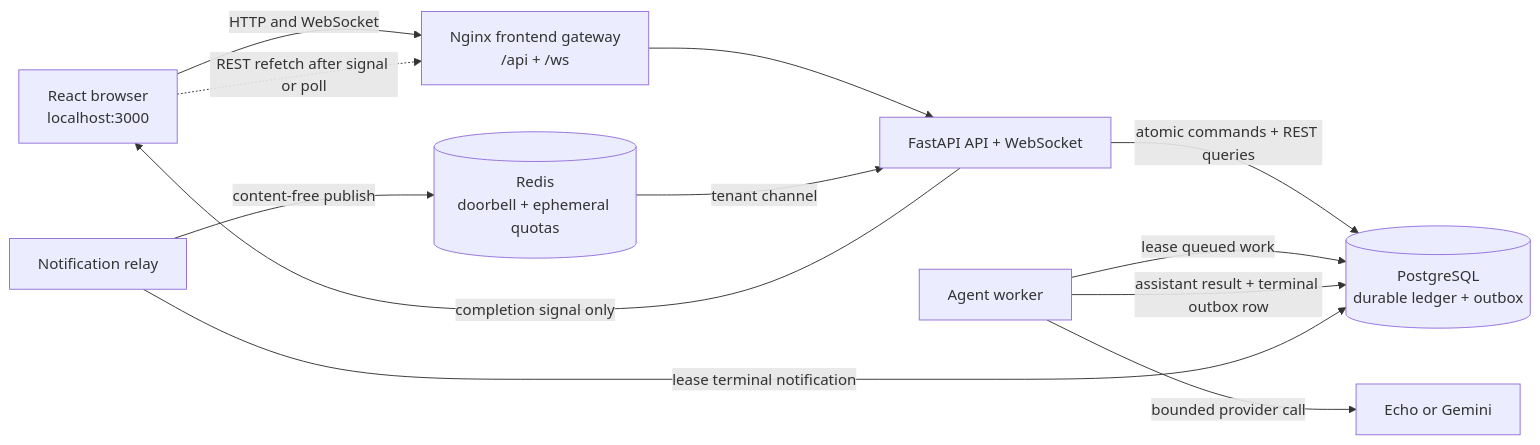
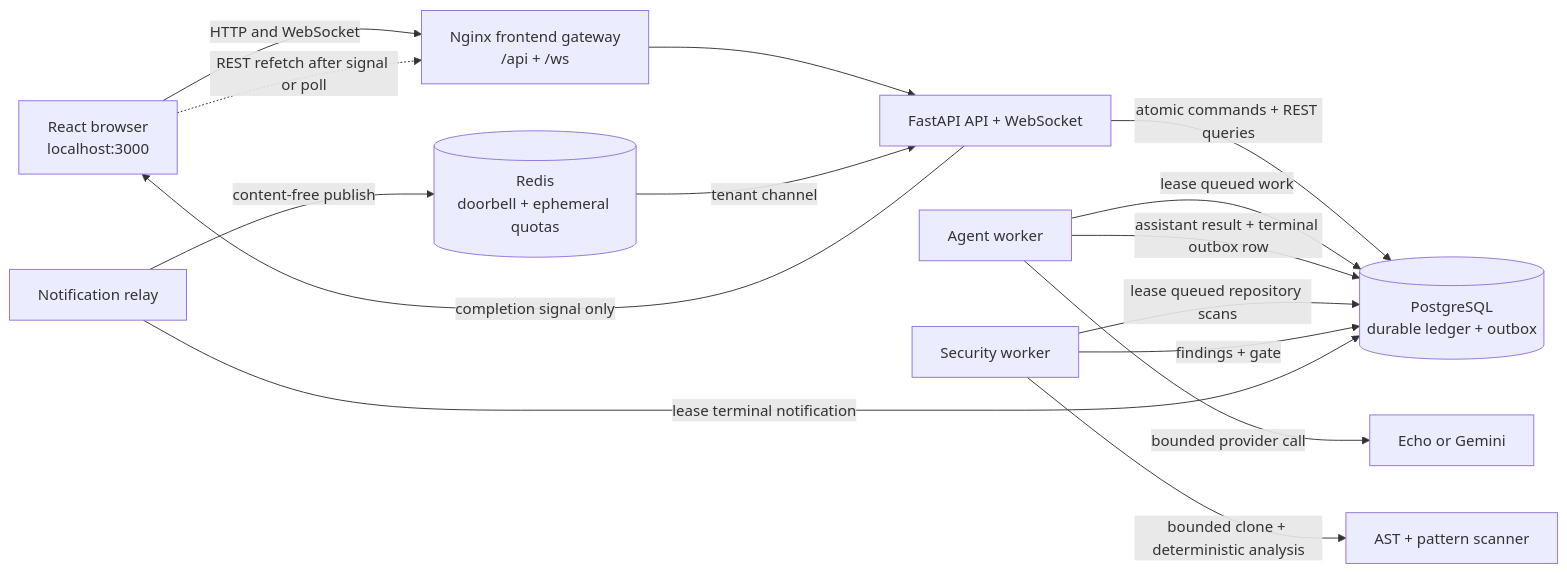
The diagram in README.md (MLHafizur/enterprise-ai-conversation-platform), drawn with Mermaid before and after one commit. The commit also changed other lines of this file and 69 other files, not shown here.

````diff
--- a/README.md
+++ b/README.md
@@ -63,23 +76,28 @@
 ```mermaid
 flowchart LR
     Browser["React browser<br/>localhost:3000"]
     Gateway["Nginx frontend gateway<br/>/api + /ws"]
     API["FastAPI API + WebSocket"]
     DB[("PostgreSQL<br/>durable ledger + outbox")]
     Worker["Agent worker"]
+    SecurityWorker["Security worker"]
     Provider["Echo or Gemini"]
+    Scanner["AST + pattern scanner"]
     Relay["Notification relay"]
     Redis[("Redis<br/>doorbell + ephemeral quotas")]
 
     Browser -->|HTTP and WebSocket| Gateway
     Gateway --> API
     API -->|atomic commands + REST queries| DB
     Worker -->|lease queued work| DB
     Worker -->|bounded provider call| Provider
     Worker -->|assistant result + terminal outbox row| DB
+    SecurityWorker -->|lease queued repository scans| DB
+    SecurityWorker -->|bounded clone + deterministic analysis| Scanner
+    SecurityWorker -->|findings + gate| DB
     Relay -->|lease terminal notification| DB
     Relay -->|content-free publish| Redis
     Redis -->|tenant channel| API
     API -->|completion signal only| Browser
     Browser -.->|REST refetch after signal or poll| Gateway
 ```
````
